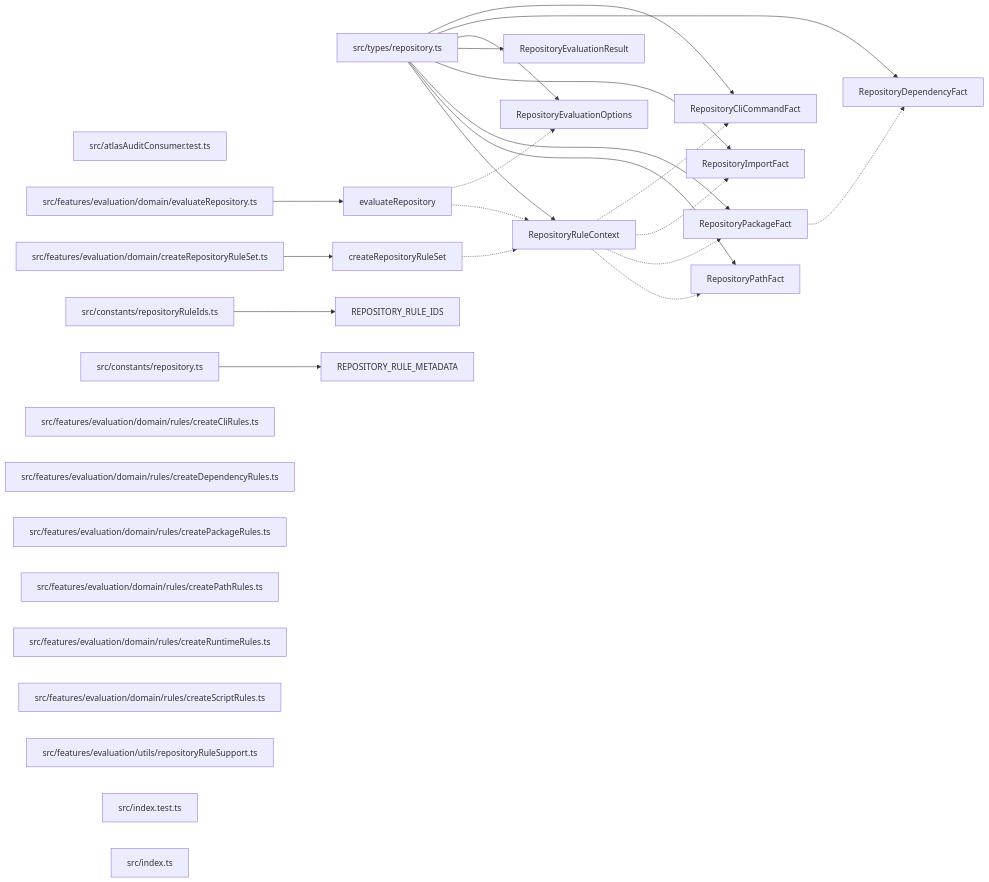
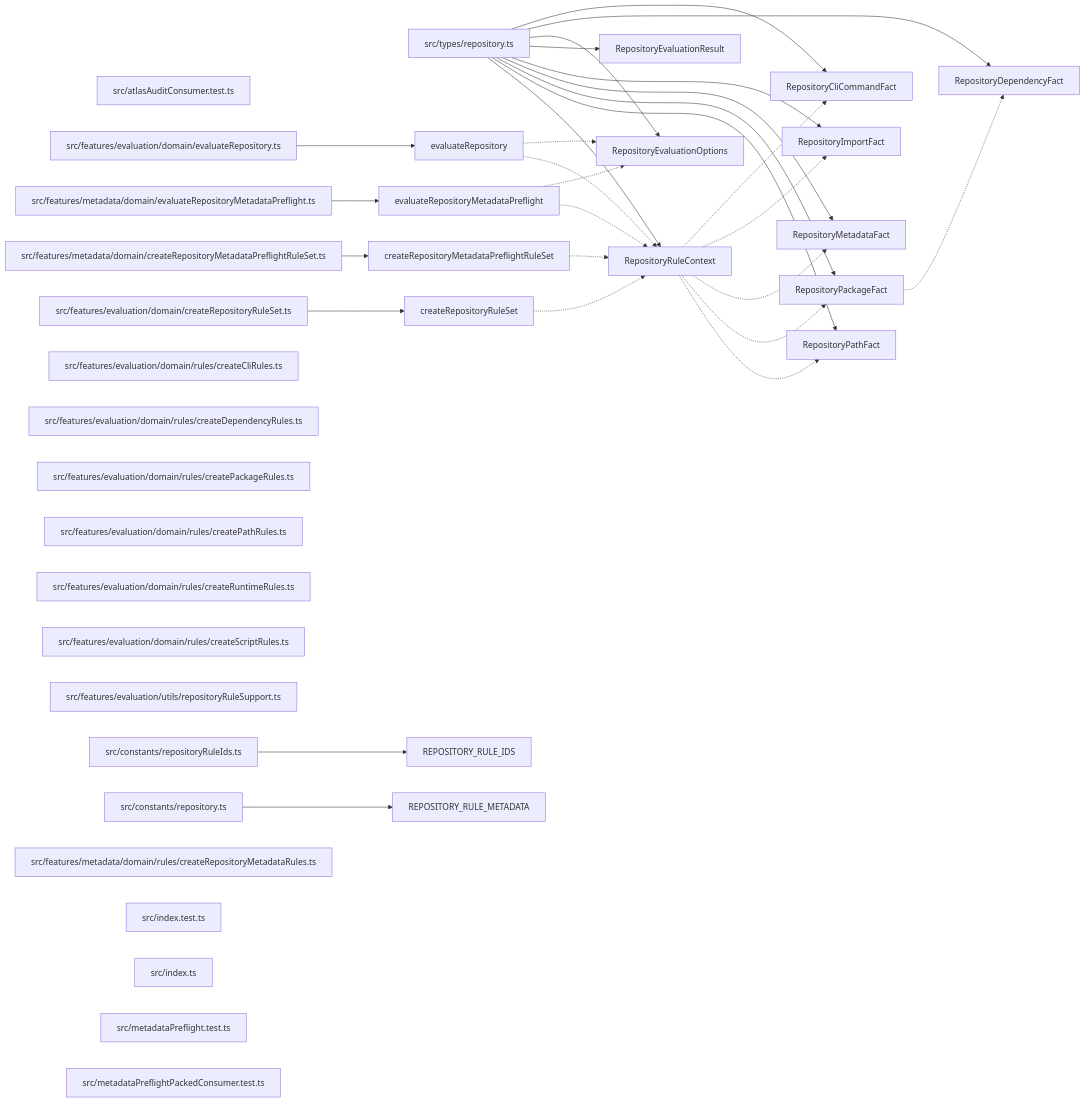
The diagram in paradox/diagrams/export-graph.mmd (ankhorage/rules-repository), drawn with Mermaid before and after one commit. The commit also changed 12 other files, not shown here.

```diff
--- a/paradox/diagrams/export-graph.mmd
+++ b/paradox/diagrams/export-graph.mmd
@@ -1,48 +1,63 @@
 graph LR
   module_src_atlasAuditConsumer_test_ts["src/atlasAuditConsumer.test.ts"]
   module_src_constants_repository_ts["src/constants/repository.ts"]
   module_src_constants_repositoryRuleIds_ts["src/constants/repositoryRuleIds.ts"]
   module_src_features_evaluation_domain_createRepositoryRuleSet_ts["src/features/evaluation/domain/createRepositoryRuleSet.ts"]
   module_src_features_evaluation_domain_evaluateRepository_ts["src/features/evaluation/domain/evaluateRepository.ts"]
   module_src_features_evaluation_domain_rules_createCliRules_ts["src/features/evaluation/domain/rules/createCliRules.ts"]
   module_src_features_evaluation_domain_rules_createDependencyRules_ts["src/features/evaluation/domain/rules/createDependencyRules.ts"]
   module_src_features_evaluation_domain_rules_createPackageRules_ts["src/features/evaluation/domain/rules/createPackageRules.ts"]
   module_src_features_evaluation_domain_rules_createPathRules_ts["src/features/evaluation/domain/rules/createPathRules.ts"]
   module_src_features_evaluation_domain_rules_createRuntimeRules_ts["src/features/evaluation/domain/rules/createRuntimeRules.ts"]
   module_src_features_evaluation_domain_rules_createScriptRules_ts["src/features/evaluation/domain/rules/createScriptRules.ts"]
   module_src_features_evaluation_utils_repositoryRuleSupport_ts["src/features/evaluation/utils/repositoryRuleSupport.ts"]
+  module_src_features_metadata_domain_createRepositoryMetadataPreflightRuleSet_ts["src/features/metadata/domain/createRepositoryMetadataPreflightRuleSet.ts"]
+  module_src_features_metadata_domain_evaluateRepositoryMetadataPreflight_ts["src/features/metadata/domain/evaluateRepositoryMetadataPreflight.ts"]
+  module_src_features_metadata_domain_rules_createRepositoryMetadataRules_ts["src/features/metadata/domain/rules/createRepositoryMetadataRules.ts"]
   module_src_index_test_ts["src/index.test.ts"]
   module_src_index_ts["src/index.ts"]
+  module_src_metadataPreflight_test_ts["src/metadataPreflight.test.ts"]
+  module_src_metadataPreflightPackedConsumer_test_ts["src/metadataPreflightPackedConsumer.test.ts"]
   module_src_types_repository_ts["src/types/repository.ts"]
+  export_createRepositoryMetadataPreflightRuleSet["createRepositoryMetadataPreflightRuleSet"]
+  module_src_features_metadata_domain_createRepositoryMetadataPreflightRuleSet_ts --> export_createRepositoryMetadataPreflightRuleSet
+  export_createRepositoryMetadataPreflightRuleSet -.-> export_RepositoryRuleContext
   export_createRepositoryRuleSet["createRepositoryRuleSet"]
   module_src_features_evaluation_domain_createRepositoryRuleSet_ts --> export_createRepositoryRuleSet
   export_createRepositoryRuleSet -.-> export_RepositoryRuleContext
   export_evaluateRepository["evaluateRepository"]
   module_src_features_evaluation_domain_evaluateRepository_ts --> export_evaluateRepository
   export_evaluateRepository -.-> export_RepositoryEvaluationOptions
   export_evaluateRepository -.-> export_RepositoryRuleContext
+  export_evaluateRepositoryMetadataPreflight["evaluateRepositoryMetadataPreflight"]
+  module_src_features_metadata_domain_evaluateRepositoryMetadataPreflight_ts --> export_evaluateRepositoryMetadataPreflight
+  export_evaluateRepositoryMetadataPreflight -.-> export_RepositoryEvaluationOptions
+  export_evaluateRepositoryMetadataPreflight -.-> export_RepositoryRuleContext
   export_REPOSITORY_RULE_IDS["REPOSITORY_RULE_IDS"]
   module_src_constants_repositoryRuleIds_ts --> export_REPOSITORY_RULE_IDS
   export_REPOSITORY_RULE_METADATA["REPOSITORY_RULE_METADATA"]
   module_src_constants_repository_ts --> export_REPOSITORY_RULE_METADATA
   export_RepositoryCliCommandFact["RepositoryCliCommandFact"]
   module_src_types_repository_ts --> export_RepositoryCliCommandFact
   export_RepositoryDependencyFact["RepositoryDependencyFact"]
   module_src_types_repository_ts --> export_RepositoryDependencyFact
   export_RepositoryEvaluationOptions["RepositoryEvaluationOptions"]
   module_src_types_repository_ts --> export_RepositoryEvaluationOptions
   export_RepositoryEvaluationResult["RepositoryEvaluationResult"]
   module_src_types_repository_ts --> export_RepositoryEvaluationResult
   export_RepositoryImportFact["RepositoryImportFact"]
   module_src_types_repository_ts --> export_RepositoryImportFact
+  export_RepositoryMetadataFact["RepositoryMetadataFact"]
+  module_src_types_repository_ts --> export_RepositoryMetadataFact
   export_RepositoryPackageFact["RepositoryPackageFact"]
   module_src_types_repository_ts --> export_RepositoryPackageFact
   export_RepositoryPackageFact -.-> export_RepositoryDependencyFact
   export_RepositoryPathFact["RepositoryPathFact"]
   module_src_types_repository_ts --> export_RepositoryPathFact
   export_RepositoryRuleContext["RepositoryRuleContext"]
   module_src_types_repository_ts --> export_RepositoryRuleContext
   export_RepositoryRuleContext -.-> export_RepositoryCliCommandFact
   export_RepositoryRuleContext -.-> export_RepositoryImportFact
+  export_RepositoryRuleContext -.-> export_RepositoryMetadataFact
   export_RepositoryRuleContext -.-> export_RepositoryPackageFact
   export_RepositoryRuleContext -.-> export_RepositoryPathFact
```
